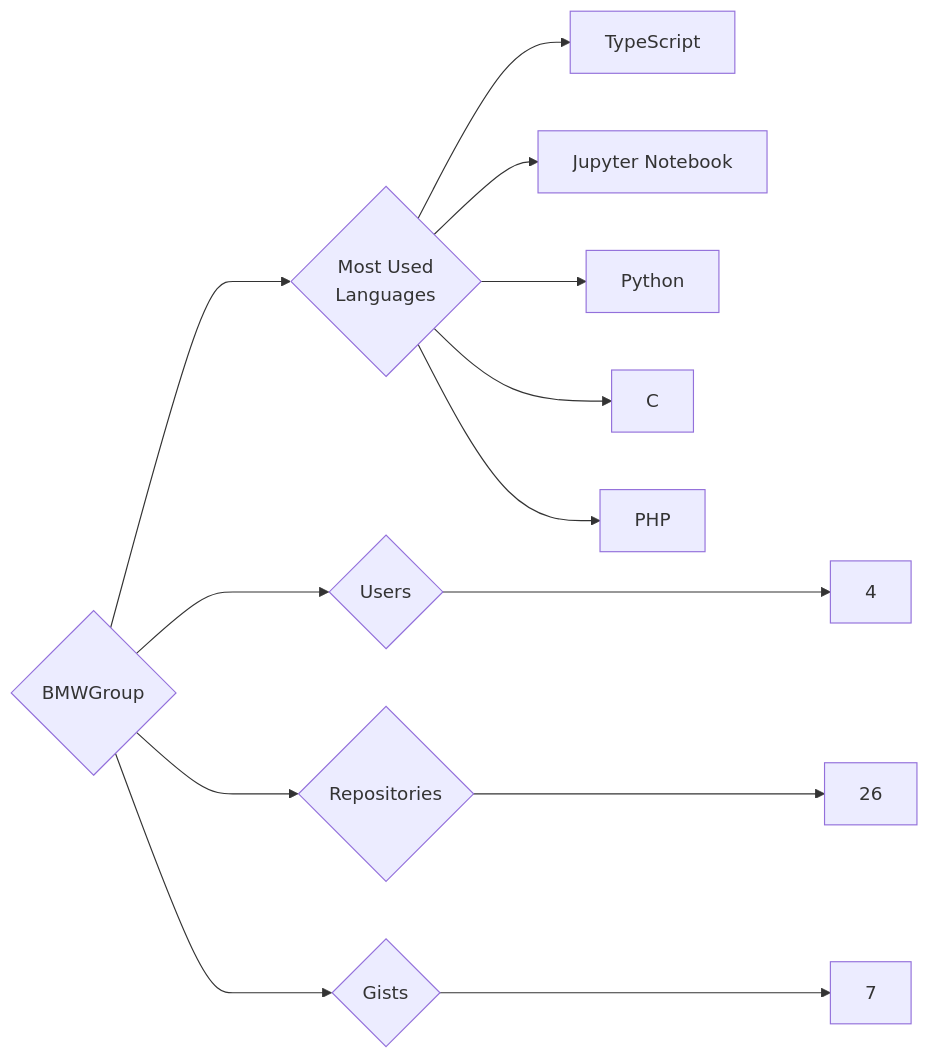
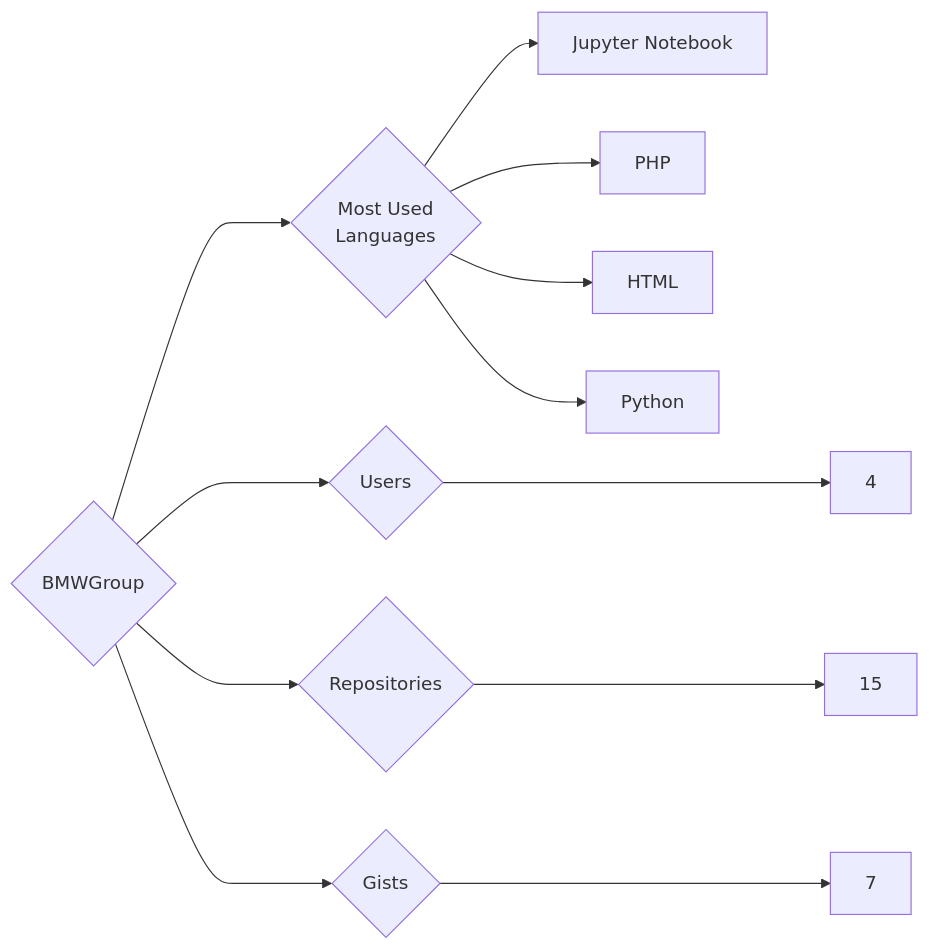
The diagram in targets/BMWGroup/README.md (trickest/insiders), drawn with Mermaid before and after one commit. The commit also changed 1238 other files, not shown here.

````diff
--- a/targets/BMWGroup/README.md
+++ b/targets/BMWGroup/README.md
@@ -3,13 +3,12 @@
 ```mermaid
 graph LR
 COMPANY_NAME{BMWGroup}
 COMPANY_NAME ---> U{Users} ---> UN[4]
-COMPANY_NAME ---> R{Repositories} ---> RN[26]
+COMPANY_NAME ---> R{Repositories} ---> RN[15]
 COMPANY_NAME ---> G{Gists} ---> GN[7]
 COMPANY_NAME ---> ML{Most Used<br>Languages}
-ML --> TypeScript[TypeScript]
 ML --> Jupyter_Notebook[Jupyter Notebook]
+ML --> PHP[PHP]
+ML --> HTML[HTML]
 ML --> Python[Python]
-ML --> C[C]
-ML --> PHP[PHP]
 ```
````
